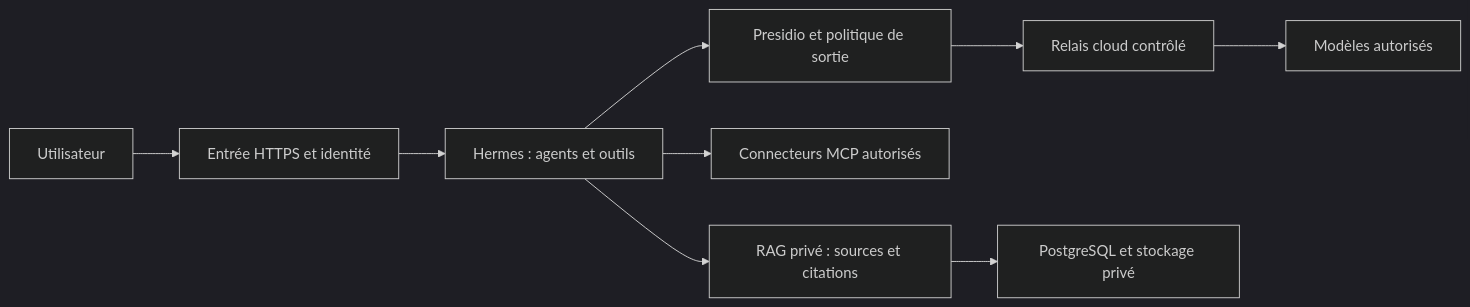
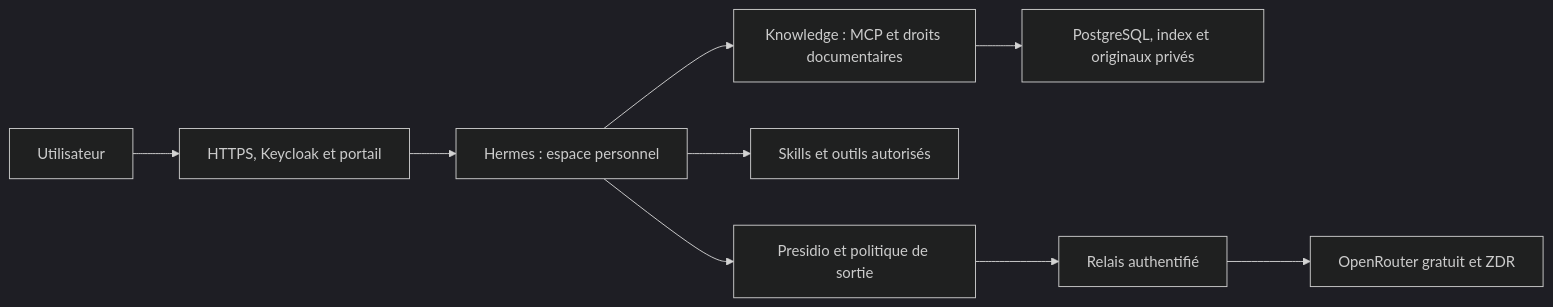
The diagram in README.md (nicolastheuil/ArcIA), drawn with Mermaid (dark theme) before and after one commit. The commit also changed other lines of this file and 87 other files, not shown here.

````diff
--- a/README.md
+++ b/README.md
@@ -18,11 +27,11 @@
 ```mermaid
 flowchart LR
-  U[Utilisateur] --> E[Entrée HTTPS et identité]
-  E --> A[Hermes : agents et outils]
-  A --> R[RAG privé : sources et citations]
-  A --> M[Connecteurs MCP autorisés]
-  A --> P[Presidio et politique de sortie]
-  P --> G[Relais cloud contrôlé]
-  G --> L[Modèles autorisés]
-  R --> D[PostgreSQL et stockage privé]
+  U[Utilisateur] --> I[HTTPS, Keycloak et portail]
+  I --> H[Hermes : espace personnel]
+  H --> K[Knowledge : MCP et droits documentaires]
+  K --> D[PostgreSQL, index et originaux privés]
+  H --> T[Skills et outils autorisés]
+  H --> P[Presidio et politique de sortie]
+  P --> R[Relais authentifié]
+  R --> M[OpenRouter gratuit et ZDR]
 ```
````
